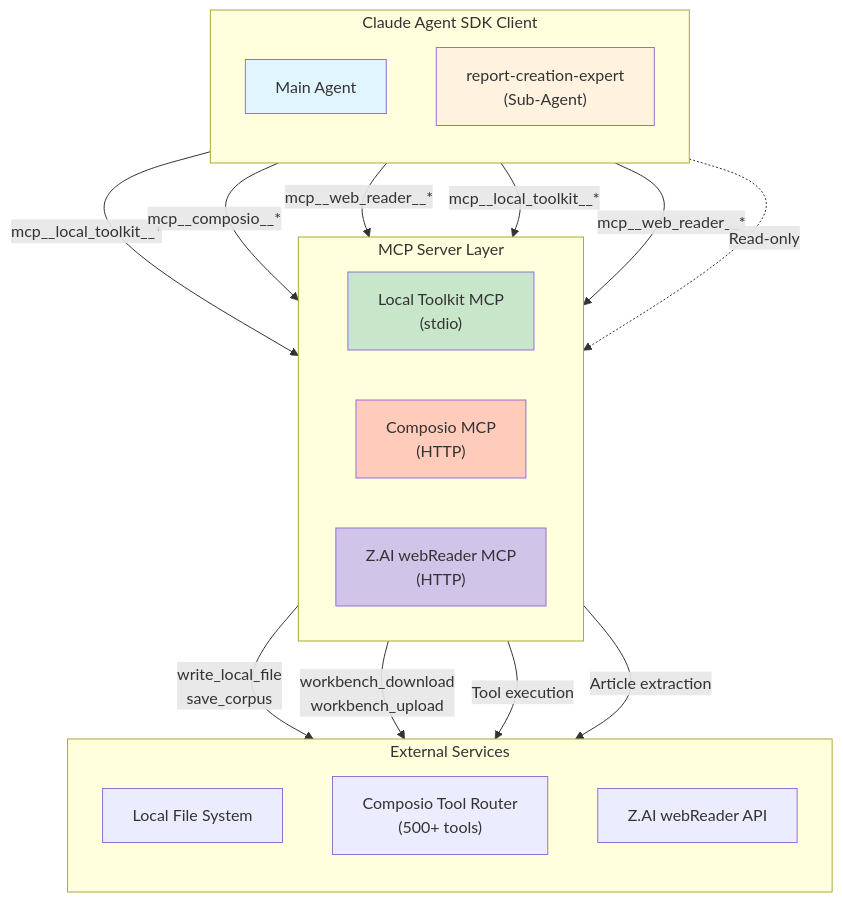
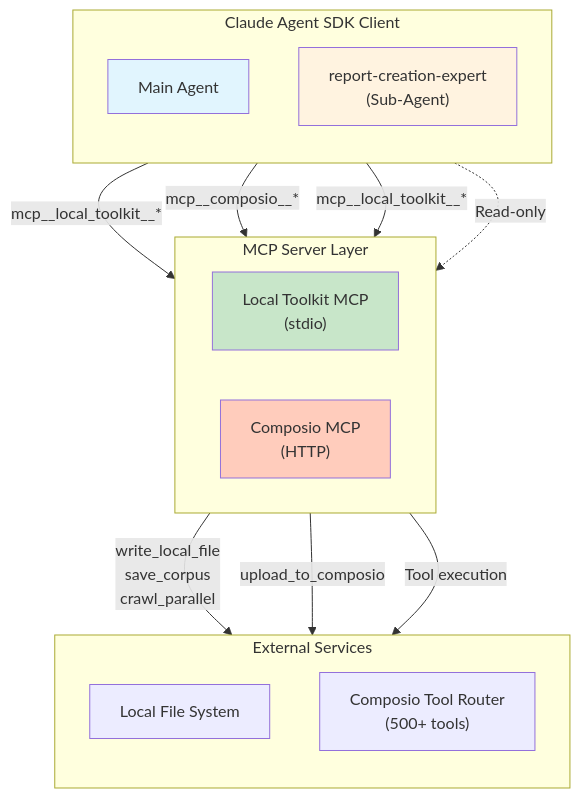
Before and after one commit to Kjdragan/universal_agent: the first of 5 diagrams in Project_Documentation/Architecture/05_mcp_servers.md, drawn with Mermaid. The commit also changed other lines of this file and 14 other files, not shown here.

Commit message:
feat: Refactor MCP servers, introduce `upload_to_composio` and `crawl_parallel` tools, add observer anti-redundancy, and implement Composio tool onboarding.

````diff
--- a/Project_Documentation/Architecture/05_mcp_servers.md
+++ b/Project_Documentation/Architecture/05_mcp_servers.md
@@ -16,41 +16,35 @@
 ```mermaid
 flowchart TB
     subgraph ClaudeSDK["Claude Agent SDK Client"]
         direction TB
         MainAgent["Main Agent"]
         SubAgent["report-creation-expert<br/>(Sub-Agent)"]
     end
 
     subgraph MCP["MCP Server Layer"]
         direction LR
         LocalMCP["Local Toolkit MCP<br/>(stdio)"]
         ComposioMCP["Composio MCP<br/>(HTTP)"]
-        WebReaderMCP["Z.AI webReader MCP<br/>(HTTP)"]
     end
 
     subgraph External["External Services"]
         direction TB
         LocalFS["Local File System"]
         ComposioAPI["Composio Tool Router<br/>(500+ tools)"]
-        WebReaderAPI["Z.AI webReader API"]
     end
 
     MainAgent -->|"mcp__local_toolkit__*"| LocalMCP
     MainAgent -->|"mcp__composio__*"| ComposioMCP
-    MainAgent -->|"mcp__web_reader__*"| WebReaderMCP
 
     SubAgent -->|"mcp__local_toolkit__*"| LocalMCP
-    SubAgent -->|"mcp__web_reader__*"| WebReaderMCP
     SubAgent -.->|"Read-only"| ComposioMCP
 
-    LocalMCP -->|"write_local_file<br/>save_corpus"| LocalFS
-    LocalMCP -->|"workbench_download<br/>workbench_upload"| ComposioAPI
+    LocalMCP -->|"write_local_file<br/>save_corpus<br/>crawl_parallel"| LocalFS
+    LocalMCP -->|"upload_to_composio"| ComposioAPI
     ComposioMCP -->|"Tool execution"| ComposioAPI
-    WebReaderMCP -->|"Article extraction"| WebReaderAPI
 
     style MainAgent fill:#e1f5fe
     style SubAgent fill:#fff3e0
     style LocalMCP fill:#c8e6c9
     style ComposioMCP fill:#ffccbc
-    style WebReaderMCP fill:#d1c4e9
 ```
````
